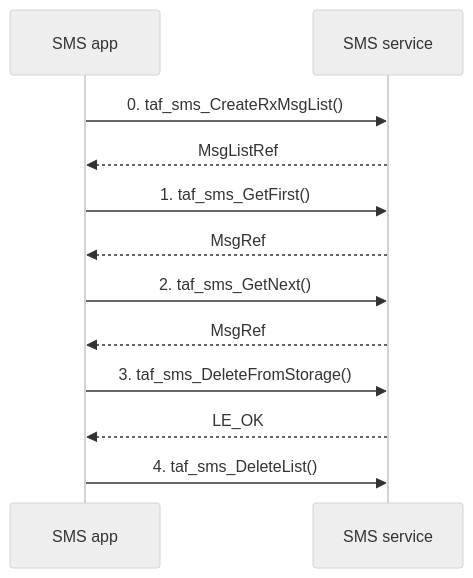
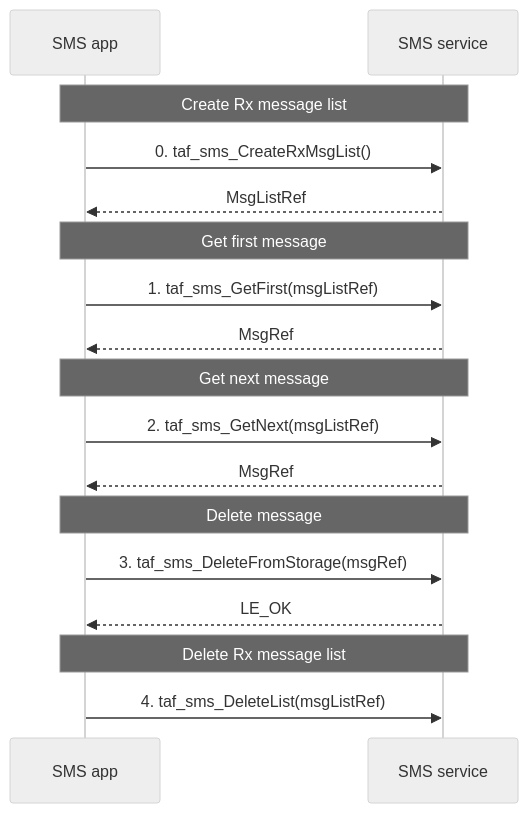
The third of 3 diagrams in doc/rst/sms.rst (CodeLinaro-mirror/le_platform_TelAF), drawn with Mermaid (neutral theme) before and after one commit. The commit also changed other lines of this file and 6 other files, not shown here.

Commit message:
doc: Add Mermaid call flow diagrams for managed services

```diff
--- a/doc/rst/sms.rst
+++ b/doc/rst/sms.rst
@@ -100,19 +111,24 @@
-.. mermaid::
+    .. mermaid::
 
-   sequenceDiagram
-       participant App as SMS app
-       participant Svc as SMS service
+      sequenceDiagram
+          participant App as SMS app
+          participant Svc as SMS service
 
-       App->>Svc: 0. taf_sms_CreateRxMsgList()
-       Svc-->>App: MsgListRef
+          Note over App,Svc: Create Rx message list
+          App->>Svc: 0. taf_sms_CreateRxMsgList()
+          Svc-->>App: MsgListRef
 
-       App->>Svc: 1. taf_sms_GetFirst()
-       Svc-->>App: MsgRef
+          Note over App,Svc: Get first message
+          App->>Svc: 1. taf_sms_GetFirst(msgListRef)
+          Svc-->>App: MsgRef
 
-       App->>Svc: 2. taf_sms_GetNext()
-       Svc-->>App: MsgRef
+          Note over App,Svc: Get next message
+          App->>Svc: 2. taf_sms_GetNext(msgListRef)
+          Svc-->>App: MsgRef
 
-       App->>Svc: 3. taf_sms_DeleteFromStorage()
-       Svc-->>App: LE_OK
+          Note over App,Svc: Delete message
+          App->>Svc: 3. taf_sms_DeleteFromStorage(msgRef)
+          Svc-->>App: LE_OK
 
-       App->>Svc: 4. taf_sms_DeleteList()
+          Note over App,Svc: Delete Rx message list
+          App->>Svc: 4. taf_sms_DeleteList(msgListRef)
```
